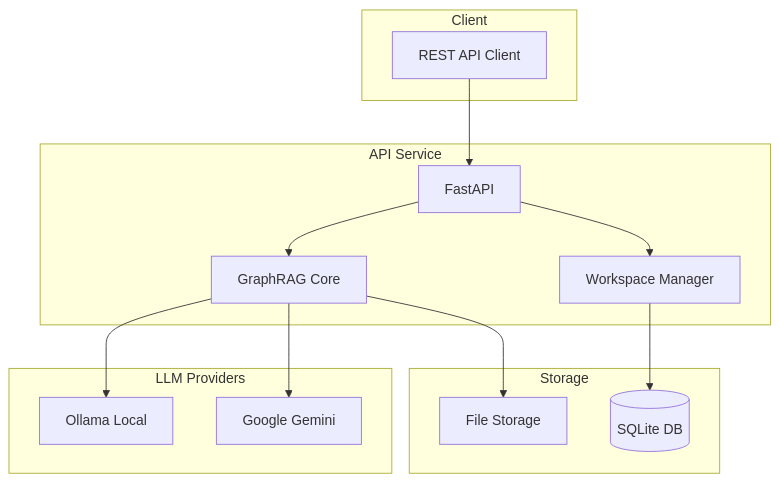
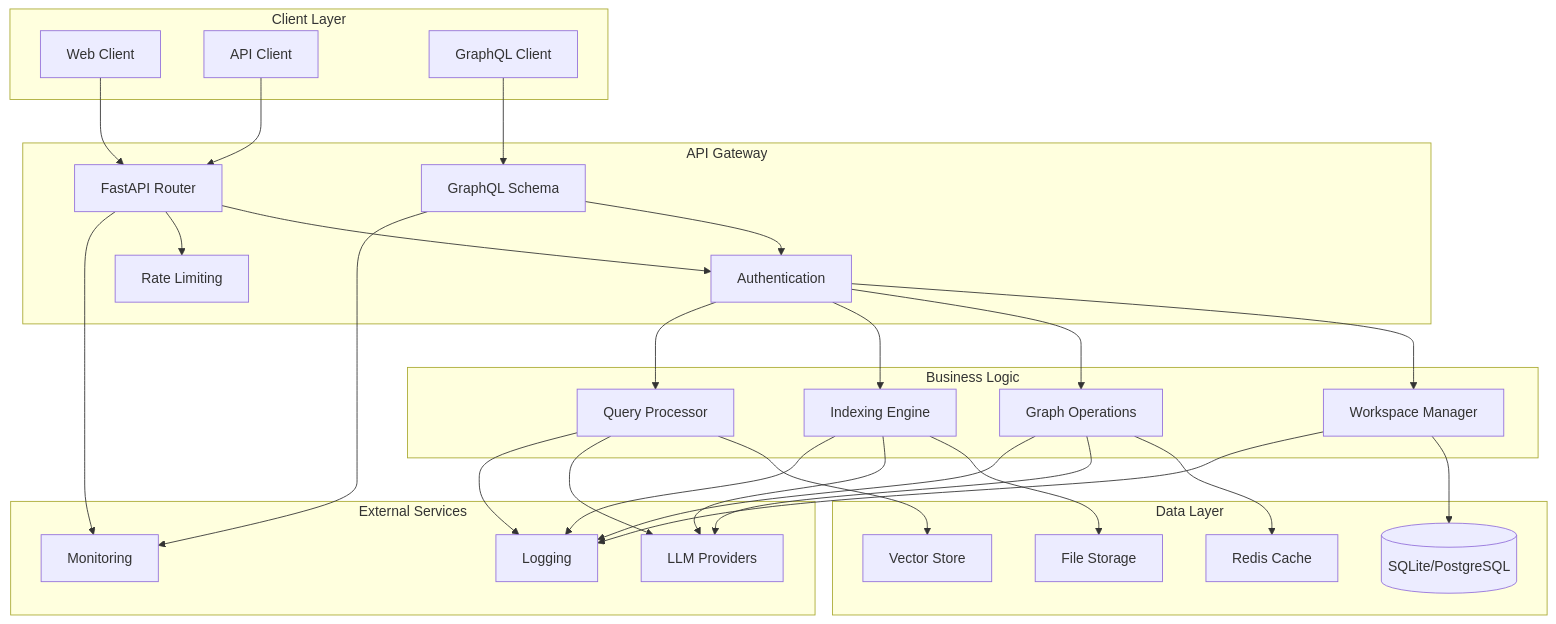
Before and after one commit to pierregrothe/graphrag-api: the diagram in README.md, drawn with Mermaid. The commit also changed other lines of this file and 15 other files, not shown here.

````diff
--- a/README.md
+++ b/README.md
@@ -31,30 +118,59 @@
 ```mermaid
 graph TB
-    subgraph "Client"
-        A[REST API Client]
+    subgraph "Client Layer"
+        A[Web Client]
+        B[API Client]
+        C[GraphQL Client]
     end
 
-    subgraph "API Service"
-        B[FastAPI]
-        C[GraphRAG Core]
-        D[Workspace Manager]
+    subgraph "API Gateway"
+        D[FastAPI Router]
+        E[GraphQL Schema]
+        F[Authentication]
+        G[Rate Limiting]
     end
 
-    subgraph "Storage"
-        E[(SQLite DB)]
-        F[File Storage]
+    subgraph "Business Logic"
+        H[Workspace Manager]
+        I[Graph Operations]
+        J[Indexing Engine]
+        K[Query Processor]
     end
 
-    subgraph "LLM Providers"
-        G[Ollama Local]
-        H[Google Gemini]
+    subgraph "Data Layer"
+        L[(SQLite/PostgreSQL)]
+        M[Redis Cache]
+        N[File Storage]
+        O[Vector Store]
     end
 
-    A --> B
-    B --> C
+    subgraph "External Services"
+        P[LLM Providers]
+        Q[Monitoring]
+        R[Logging]
+    end
+
+    A --> D
     B --> D
-    C --> G
-    C --> H
-    D --> E
-    C --> F
+    C --> E
+    D --> F
+    D --> G
+    E --> F
+    F --> H
+    F --> I
+    F --> J
+    F --> K
+    H --> L
+    I --> M
+    J --> N
+    K --> O
+    I --> P
+    J --> P
+    K --> P
+    D --> Q
+    E --> Q
+    H --> R
+    I --> R
+    J --> R
+    K --> R
 ```
````
